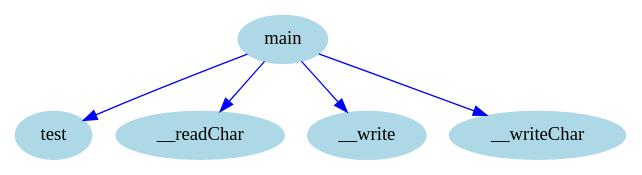
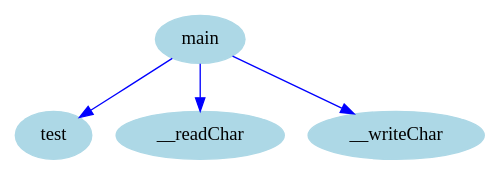
Before and after one commit to zavar152-cv/myLang-oop-compiler: the diagram in outputs/cfg/cg.dot, drawn with Graphviz. The commit also changed 7 other files, not shown here.

```diff
--- a/outputs/cfg/cg.dot
+++ b/outputs/cfg/cg.dot
@@ -1,14 +1,12 @@
 digraph CallGraph {
     node [shape=ellipse, style=filled, color=lightblue];
 
     "test";
     "__readChar";
-    "__write";
     "__writeChar";
     "main";
 
     "main" -> "test" [color=blue];
     "main" -> "__readChar" [color=blue];
-    "main" -> "__write" [color=blue];
     "main" -> "__writeChar" [color=blue];
 }
```
